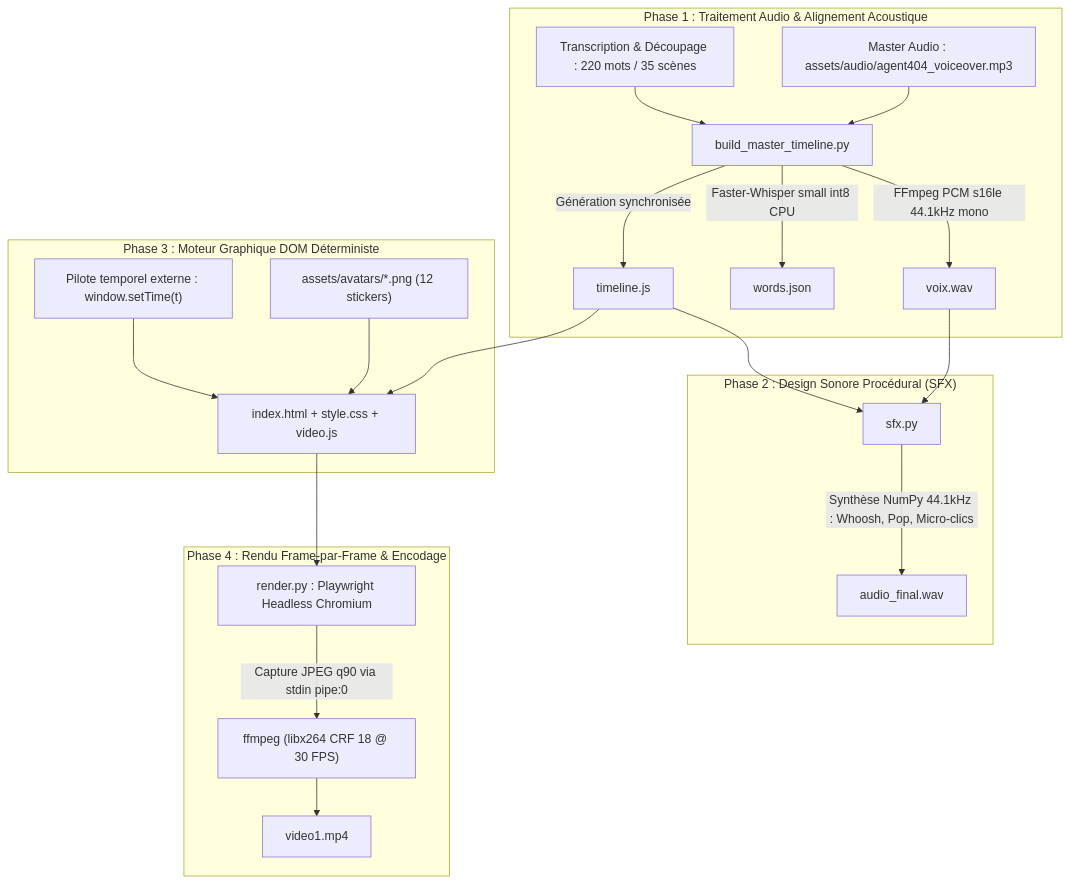
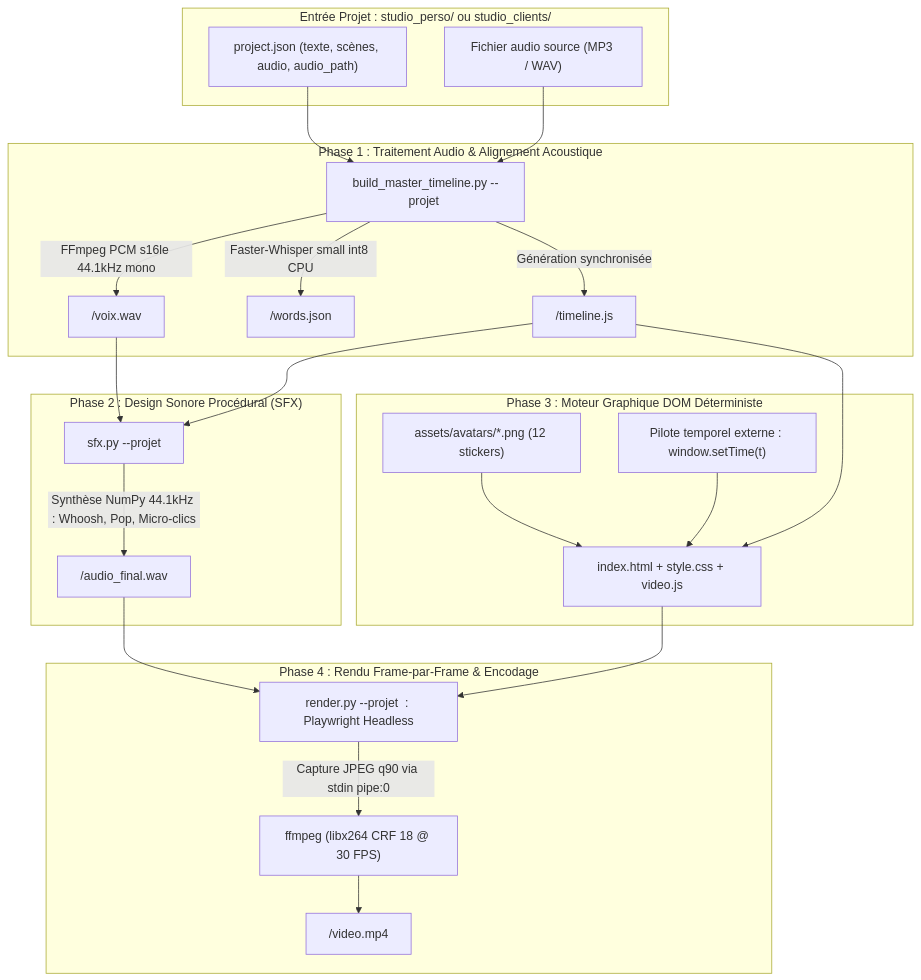
Before and after one commit to Kreesten-hsh/video: the diagram in docs/ARCHITECTURE.md, drawn with Mermaid. The commit also changed other lines of this file and 12 other files, not shown here.

Commit message:
refactor(studio): séparation studio_perso/studio_clients et moteur paramétrique

````diff
--- a/docs/ARCHITECTURE.md
+++ b/docs/ARCHITECTURE.md
@@ -14,28 +14,34 @@
 ```mermaid
 flowchart TD
+    subgraph INPUT["Entrée Projet : studio_perso/ ou studio_clients/"]
+        P["project.json (texte, scènes, audio, audio_path)"]
+        A["Fichier audio source (MP3 / WAV)"]
+    end
+
     subgraph PHASE_1["Phase 1 : Traitement Audio & Alignement Acoustique"]
-        A["Master Audio : assets/audio/agent404_voiceover.mp3"] --> B["build_master_timeline.py"]
-        C["Transcription & Découpage : 220 mots / 35 scènes"] --> B
-        B -->|FFmpeg PCM s16le 44.1kHz mono| D["voix.wav"]
-        B -->|Faster-Whisper small int8 CPU| E["words.json"]
-        B -->|Génération synchronisée| F["timeline.js"]
+        P --> B["build_master_timeline.py --projet <chemin>"]
+        A --> B
+        B -->|FFmpeg PCM s16le 44.1kHz mono| D["<projet>/voix.wav"]
+        B -->|Faster-Whisper small int8 CPU| E["<projet>/words.json"]
+        B -->|Génération synchronisée| F["<projet>/timeline.js"]
     end
 
     subgraph PHASE_2["Phase 2 : Design Sonore Procédural (SFX)"]
-        D --> G["sfx.py"]
+        D --> G["sfx.py --projet <chemin>"]
         F --> G
-        G -->|Synthèse NumPy 44.1kHz : Whoosh, Pop, Micro-clics| H["audio_final.wav"]
+        G -->|Synthèse NumPy 44.1kHz : Whoosh, Pop, Micro-clics| H["<projet>/audio_final.wav"]
     end
 
     subgraph PHASE_3["Phase 3 : Moteur Graphique DOM Déterministe"]
         F --> I["index.html + style.css + video.js"]
         J["assets/avatars/*.png (12 stickers)"] --> I
         K["Pilote temporel externe : window.setTime(t)"] --> I
     end
 
     subgraph PHASE_4["Phase 4 : Rendu Frame-par-Frame & Encodage"]
-        I --> L["render.py : Playwright Headless Chromium"]
+        I --> L["render.py --projet <chemin> : Playwright Headless"]
+        H --> L
         L -->|Capture JPEG q90 via stdin pipe:0| M["ffmpeg (libx264 CRF 18 @ 30 FPS)"]
-        M --> N["video1.mp4"]
+        M --> N["<projet>/video<N>.mp4"]
     end
 ```
````
